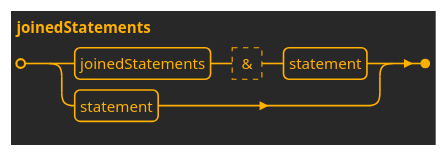
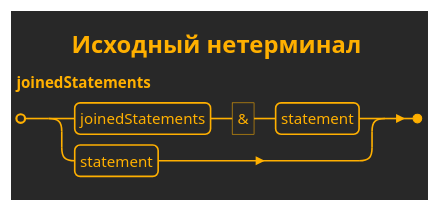
Before and after one commit to realsonic/MURQ: the second of 10 diagrams in Domain/MURQ.Domain/URQL/docs/URQL Lines Syntax.md, drawn with PlantUML. The commit also changed other lines of this file and 6 other files, not shown here.

````diff
--- a/Domain/MURQ.Domain/URQL/docs/URQL Lines Syntax.md
+++ b/Domain/MURQ.Domain/URQL/docs/URQL Lines Syntax.md
@@ -54,9 +53,11 @@
 ```plantuml
-@startebnf joinedStatements
+@startebnf Исходный joinedStatements
 !theme crt-amber
 
+title Исходный нетерминал
+
 joinedStatements = 
-      joinedStatements, ? & ?, statement
+      joinedStatements, '&', statement
     | statement;
 @endebnf
 ```
````
